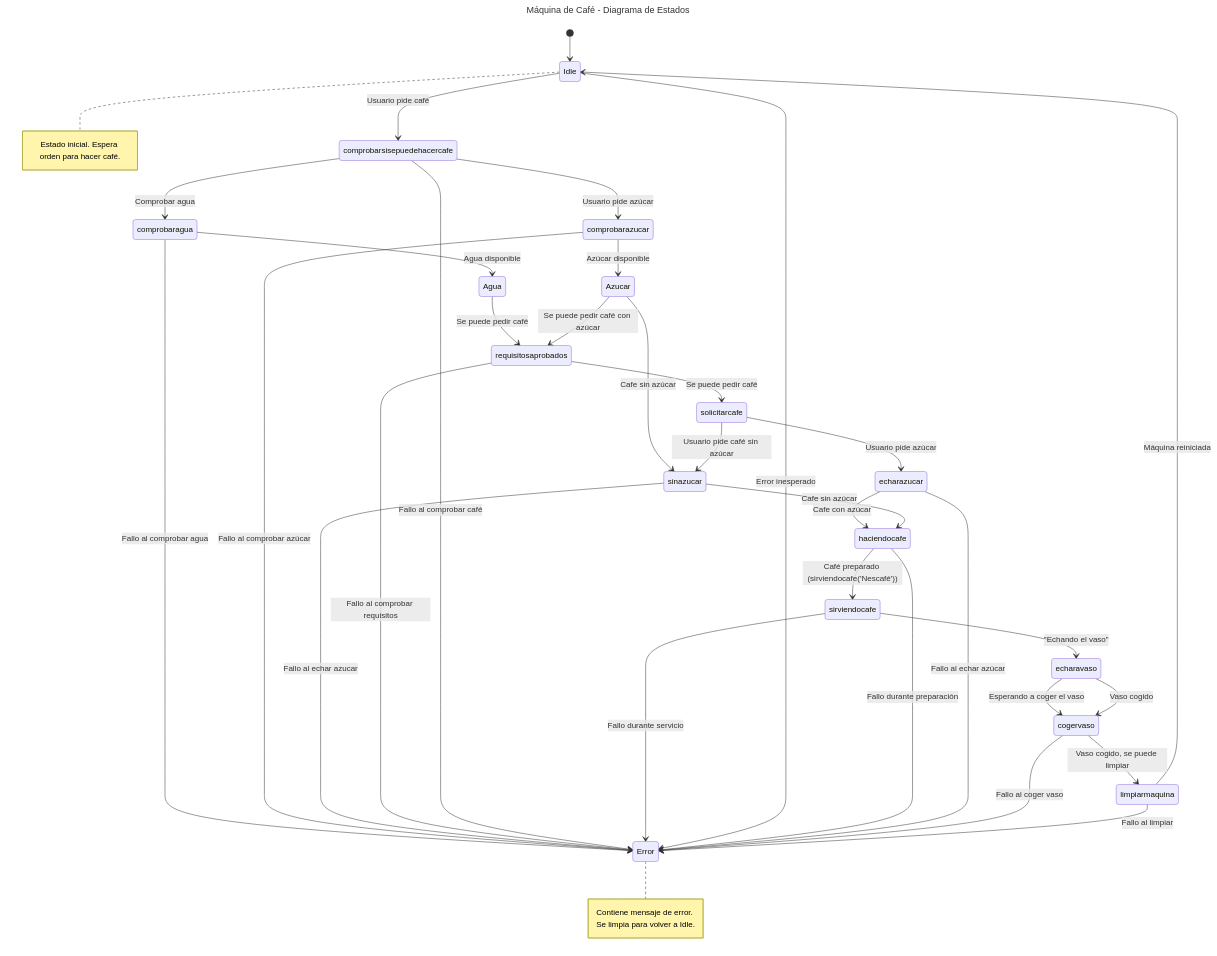
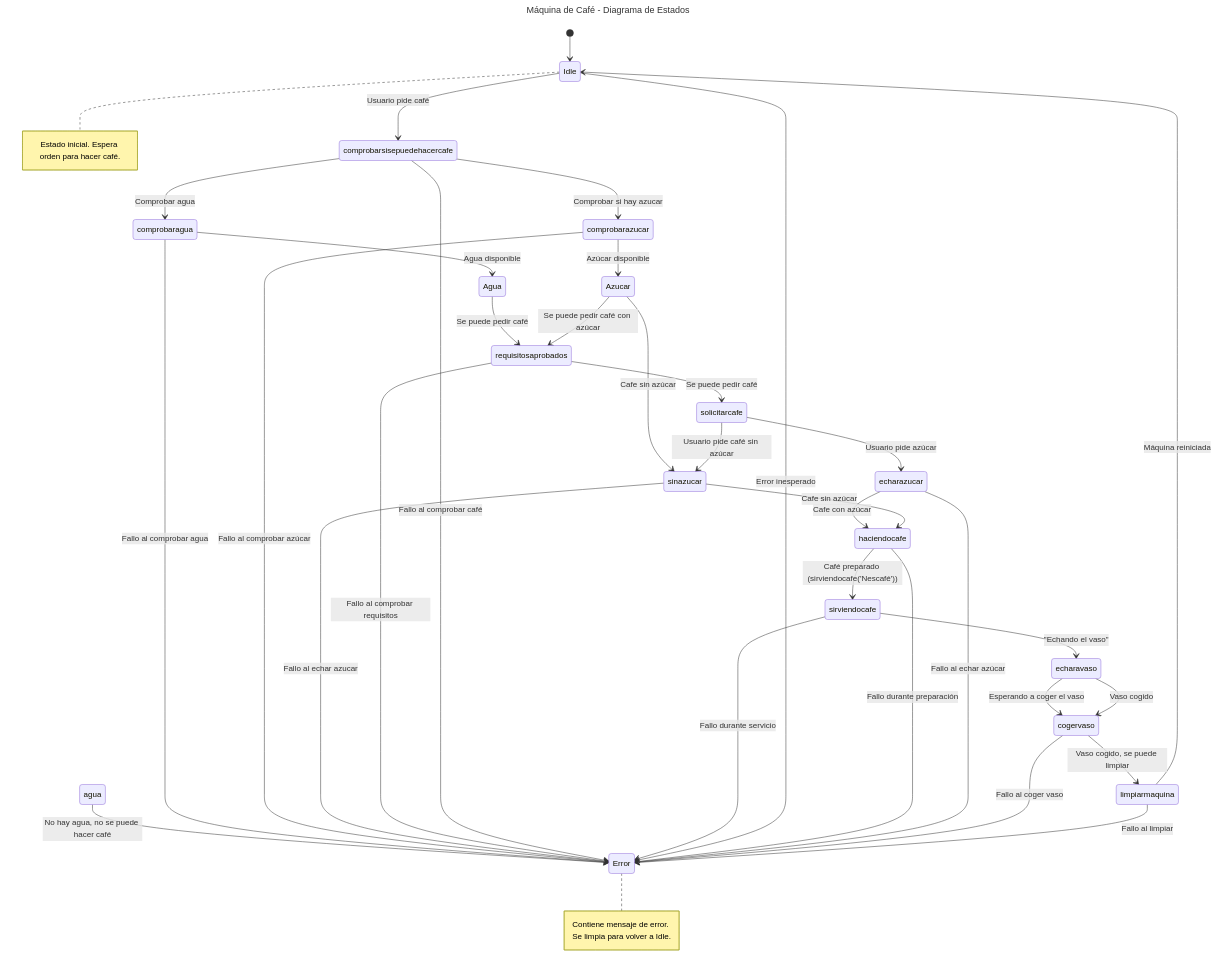
One commit to shermidagre/PMDM changed the diagram in 1trabajo/src/diagrama.mmd. Above: the diagram before and after it, drawn with Mermaid.

Commit message:
random para probar

```diff
--- a/1trabajo/src/diagrama.mmd
+++ b/1trabajo/src/diagrama.mmd
@@ -1,43 +1,44 @@
 ---
 title: Máquina de Café - Diagrama de Estados
 ---
 stateDiagram-v2
 [*] --> Idle
 Idle --> comprobarsisepuedehacercafe: Usuario pide café
 
 comprobarsisepuedehacercafe --> comprobaragua: Comprobar agua
+agua --> Error : No hay agua, no se puede hacer café
 comprobaragua --> Agua: Agua disponible
 Agua --> requisitosaprobados: Se puede pedir café
 comprobaragua --> Error: Fallo al comprobar agua
 
-comprobarsisepuedehacercafe --> comprobarazucar : Usuario pide azúcar
+comprobarsisepuedehacercafe --> comprobarazucar : Comprobar si hay azucar
 comprobarazucar --> Azucar: Azúcar disponible
 comprobarazucar --> Error : Fallo al comprobar azúcar
 Azucar --> requisitosaprobados: Se puede pedir café con azúcar
 
 Azucar --> sinazucar: Cafe sin azúcar
 sinazucar --> Error : Fallo al echar azucar
 
 requisitosaprobados --> solicitarcafe: Se puede pedir café
 requisitosaprobados --> Error: Fallo al comprobar requisitos
 
 comprobarsisepuedehacercafe --> Error: Fallo al comprobar café
 solicitarcafe --> echarazucar: Usuario pide azúcar
 solicitarcafe --> sinazucar: Usuario pide café sin azúcar
 echarazucar --> haciendocafe: Cafe con azúcar
 sinazucar --> haciendocafe: Cafe sin azúcar
 
 haciendocafe --> sirviendocafe: Café preparado (sirviendocafe('Nescafé'))
 sirviendocafe --> Error: Fallo durante servicio
 Idle --> Error: Error inesperado
 haciendocafe --> Error: Fallo durante preparación
 echarazucar --> Error: Fallo al echar azúcar
 sirviendocafe --> echaravaso: "Echando el vaso"
 echaravaso --> cogervaso: Esperando a coger el vaso
 cogervaso --> Error: Fallo al coger vaso
 echaravaso --> cogervaso: Vaso cogido
 cogervaso --> limpiarmaquina:  Vaso cogido, se puede limpiar
 limpiarmaquina --> Idle: Máquina reiniciada
 limpiarmaquina --> Error: Fallo al limpiar
 note right of Idle: Estado inicial. Espera orden para hacer café.
 note right of Error: Contiene mensaje de error. Se limpia para volver a Idle.
```
